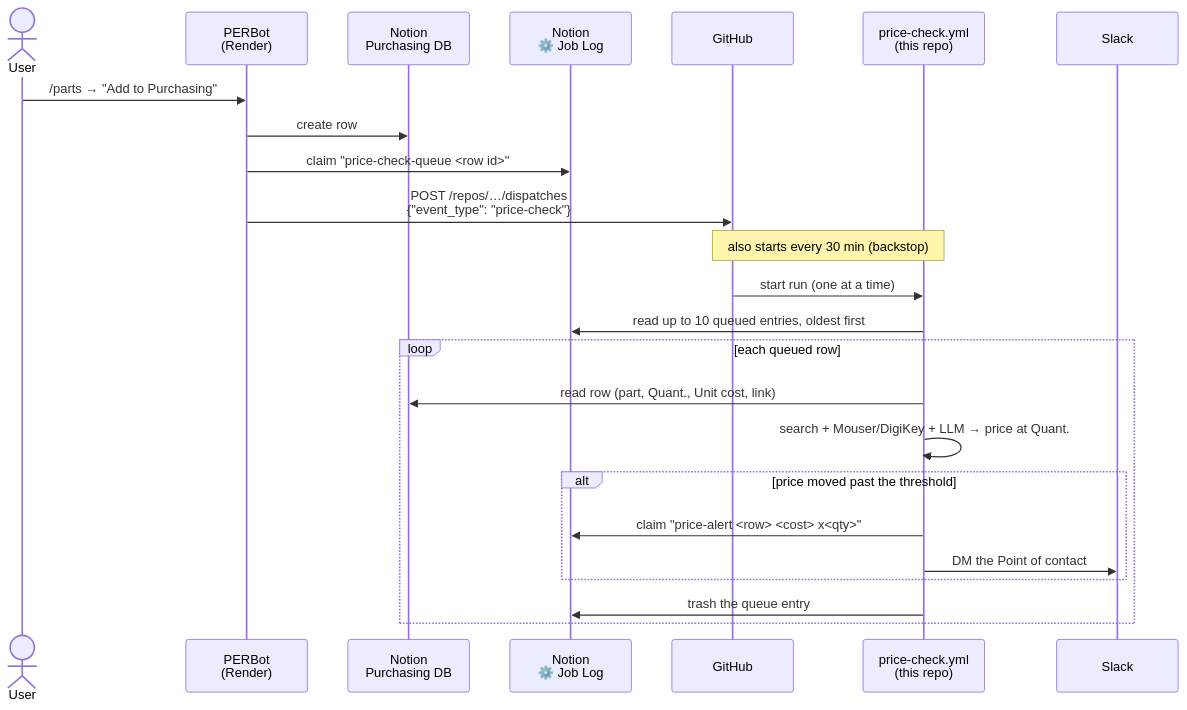
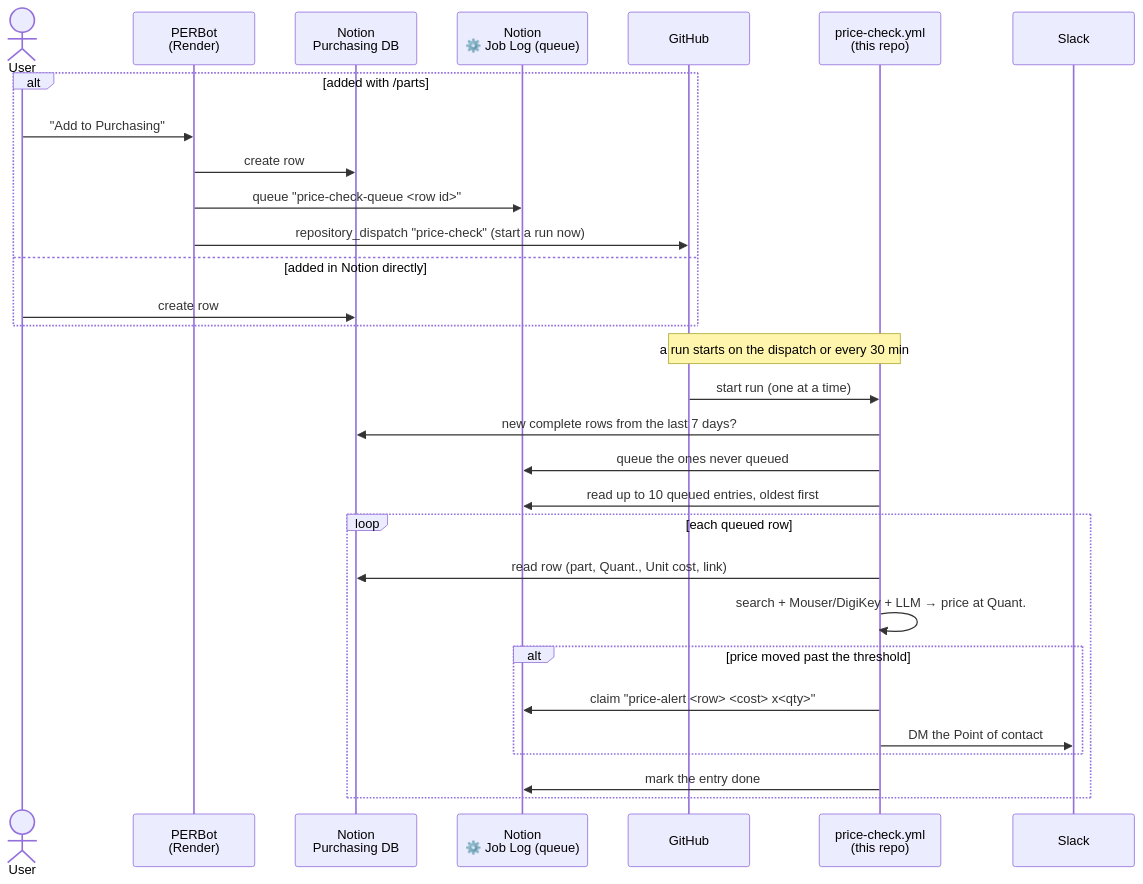
One commit to Penn-Electric-Racing/PER-Purchasing changed the diagram in README.md. Above: the diagram before and after it, drawn with Mermaid. The commit also changed other lines of this file and 6 other files, not shown here.

First line of the commit message:
Price check: find new Purchasing rows in Notion, queue in the Job Log

````diff
--- a/README.md
+++ b/README.md
@@ -276,27 +277,33 @@
 ```mermaid
 sequenceDiagram
     actor User
     participant PERBot as PERBot<br/>(Render)
     participant Purchasing as Notion<br/>Purchasing DB
-    participant JobLog as Notion<br/>⚙️ Job Log
+    participant JobLog as Notion<br/>⚙️ Job Log (queue)
     participant GitHub
     participant Workflow as price-check.yml<br/>(this repo)
     participant Slack
 
-    User->>PERBot: /parts → "Add to Purchasing"
-    PERBot->>Purchasing: create row
-    PERBot->>JobLog: claim "price-check-queue #lt;row id#gt;"
-    PERBot->>GitHub: POST /repos/…/dispatches<br/>{"event_type": "price-check"}
-    Note over GitHub,Workflow: also starts every 30 min (backstop)
+    alt added with /parts
+        User->>PERBot: "Add to Purchasing"
+        PERBot->>Purchasing: create row
+        PERBot->>JobLog: queue "price-check-queue #lt;row id#gt;"
+        PERBot->>GitHub: repository_dispatch "price-check" (start a run now)
+    else added in Notion directly
+        User->>Purchasing: create row
+    end
+    Note over GitHub,Workflow: a run starts on the dispatch or every 30 min
     GitHub->>Workflow: start run (one at a time)
+    Workflow->>Purchasing: new complete rows from the last 7 days?
+    Workflow->>JobLog: queue the ones never queued
     Workflow->>JobLog: read up to 10 queued entries, oldest first
     loop each queued row
         Workflow->>Purchasing: read row (part, Quant., Unit cost, link)
         Workflow->>Workflow: search + Mouser/DigiKey + LLM → price at Quant.
         alt price moved past the threshold
             Workflow->>JobLog: claim "price-alert #lt;row#gt; #lt;cost#gt; x#lt;qty#gt;"
             Workflow->>Slack: DM the Point of contact
         end
-        Workflow->>JobLog: trash the queue entry
+        Workflow->>JobLog: mark the entry done
     end
 ```
````
